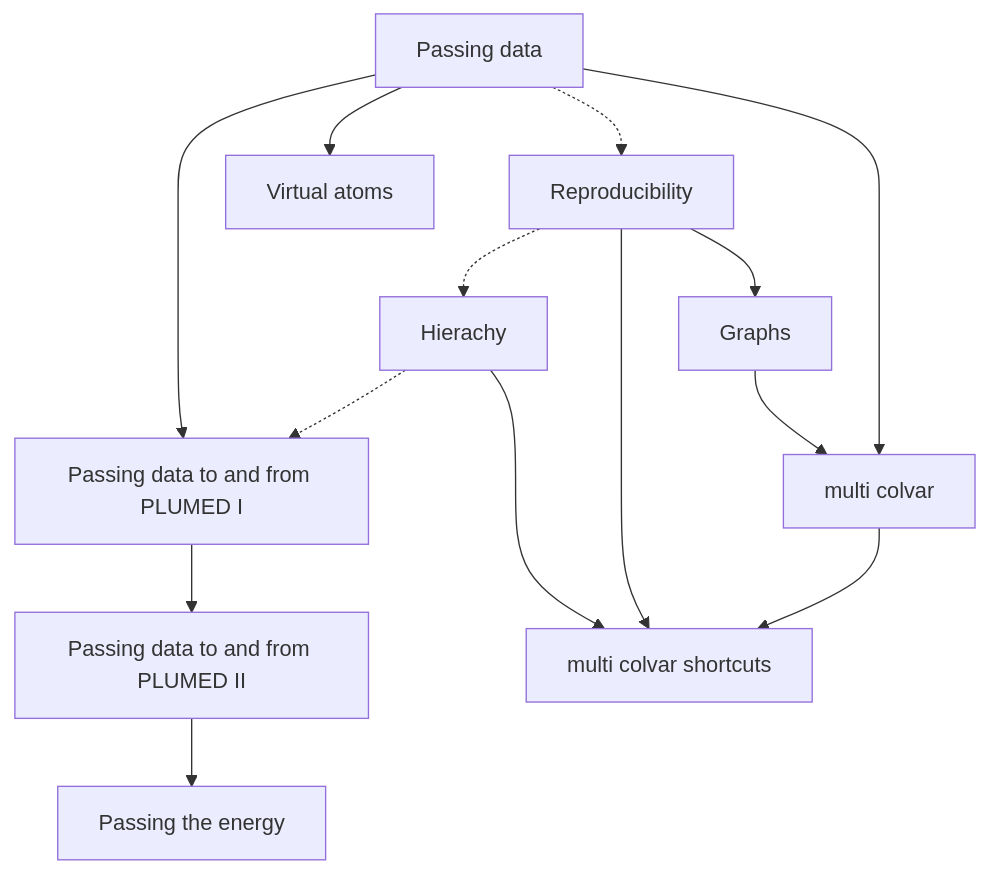
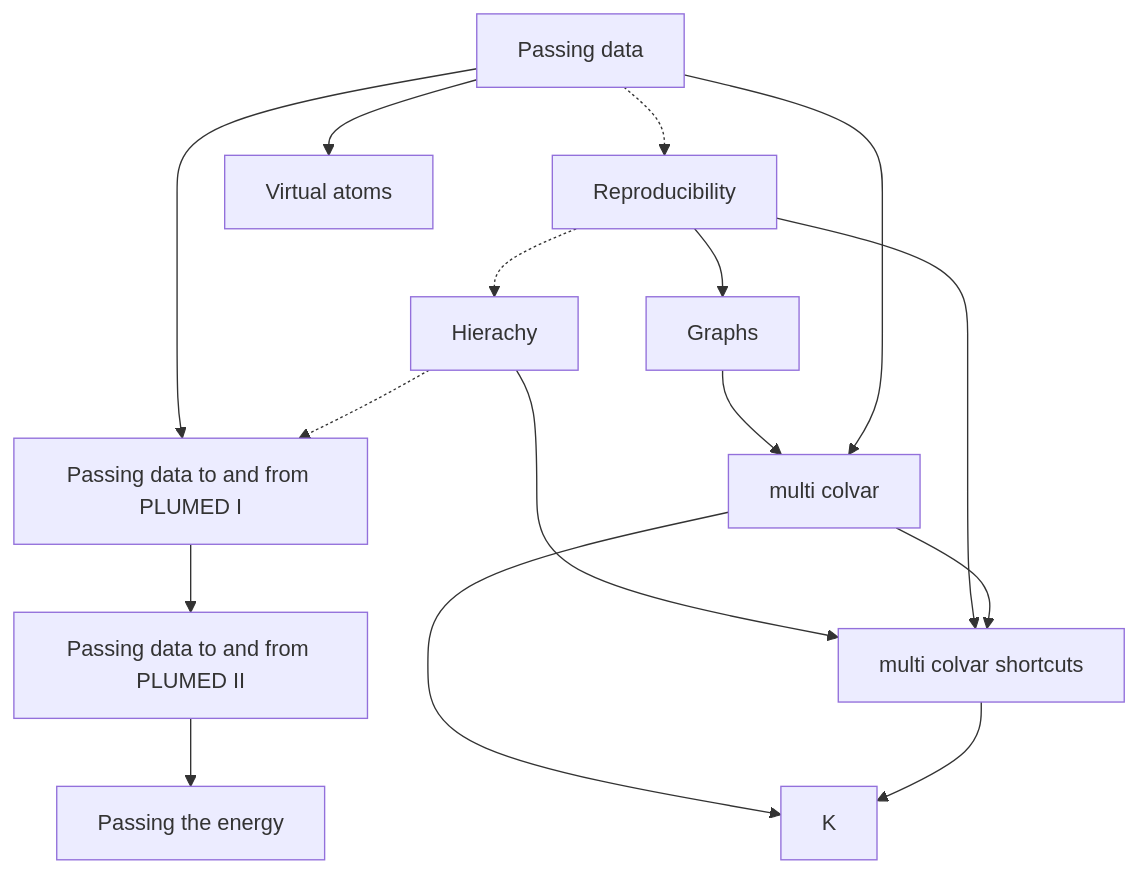
The diagram in NAVIGATION.md (gtribello/plumed-thoughts), drawn with Mermaid before and after one commit. The commit also changed 1 other file, not shown here.

Commit message:
Added start of thoughts on contact matrices

````diff
--- a/NAVIGATION.md
+++ b/NAVIGATION.md
@@ -21,26 +21,29 @@
 ```mermaid
 flowchart TB;
   A[Passing data] -.-> B[Reproducibility];
   B -.-> C[Hierachy];
   C -.-> D[Passing data to and from PLUMED I];
   D --> E[Passing data to and from PLUMED II];
   A --> D;
   E --> F[Passing the energy];
   A --> G[Virtual atoms]
   B --> H[Graphs]
   A --> I[multi colvar]
   H --> I
   I --> J[multi colvar shortcuts]
   B --> J
   C --> J
+  J --> K
+  I --> K
   click A "Passing.md" "8th May 2023: General thoughts about how data is passed between PLUMED actions";
   click B "Reproducibility.md" "8th May 2023: General thoughts about why we want to do calculations that are reproducibile";
   click C "Community.md" "8th May 2023: General thoughts about how we support communities of scholars"
   click D "MDInterfaceI.md" "8th May 2023: A description of how data is passed to and from PLUMED"
   click E "MDInterfaceII.md" "21st May 2023: A description of how atomic properties are passed to and from PLUMED"
   click F "PassingEnergy.md" "21st May 2023: A description of how potential energy is passed to PLUMED"
   click G "VirtualAtoms.md" "22nd May 2023: A description of how virtual atom positions are passed between Actions in PLUMED"
   click H "Graphs.md" "1st June 2023: A description of the way we can use graphs to illustrate PLUMED input files"
   click I "MultiColvar.md" "1st June 2023: An explaination of how multicolvar is implemented"
   click J "MultiColvarShortcut.md" "9th June 2023: An explanation of how backwards compatibility for MultiColvar has been ensured and an introduction to ActionShortcut"
+  click K "contactMatix.md" "12th June 2023: An explanation of how coordination numbers and contact maps can be used to construct CVs"
 ```
````
